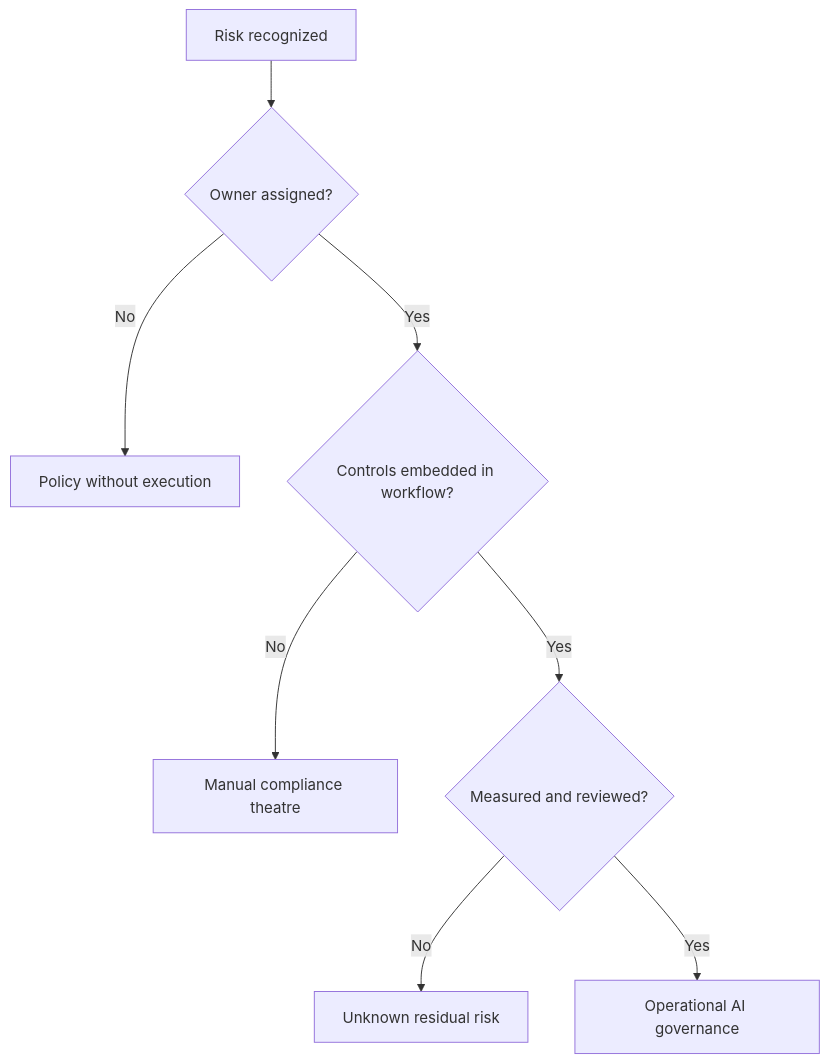
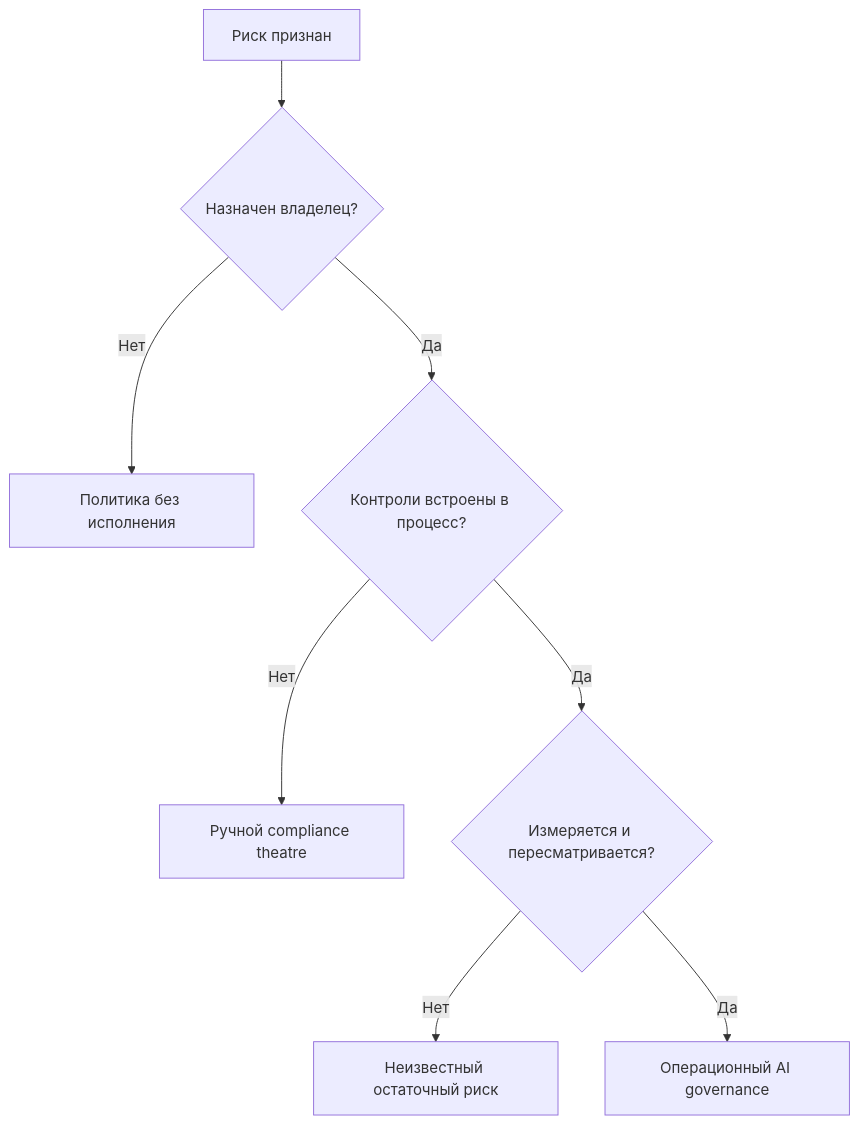
Before and after one commit to VladimirSemenyuk/KnowledgeOS: the second of 2 diagrams in Frameworks/ai-transformation/stanford-hai-ai-index-report-2025.md, drawn with Mermaid. The commit also changed other lines of this file and 3 other files, not shown here.

````diff
--- a/Frameworks/ai-transformation/stanford-hai-ai-index-report-2025.md
+++ b/Frameworks/ai-transformation/stanford-hai-ai-index-report-2025.md
@@ -349,10 +349,10 @@
 ```mermaid
 flowchart TD
-    A["Risk recognized"] --> B{"Owner assigned?"}
-    B -- "No" --> C["Policy without execution"]
-    B -- "Yes" --> D{"Controls embedded in workflow?"}
-    D -- "No" --> E["Manual compliance theatre"]
-    D -- "Yes" --> F{"Measured and reviewed?"}
-    F -- "No" --> G["Unknown residual risk"]
-    F -- "Yes" --> H["Operational AI governance"]
+    A["Риск признан"] --> B{"Назначен владелец?"}
+    B -- "Нет" --> C["Политика без исполнения"]
+    B -- "Да" --> D{"Контроли встроены в процесс?"}
+    D -- "Нет" --> E["Ручной compliance theatre"]
+    D -- "Да" --> F{"Измеряется и пересматривается?"}
+    F -- "Нет" --> G["Неизвестный остаточный риск"]
+    F -- "Да" --> H["Операционный AI governance"]
 ```
````
